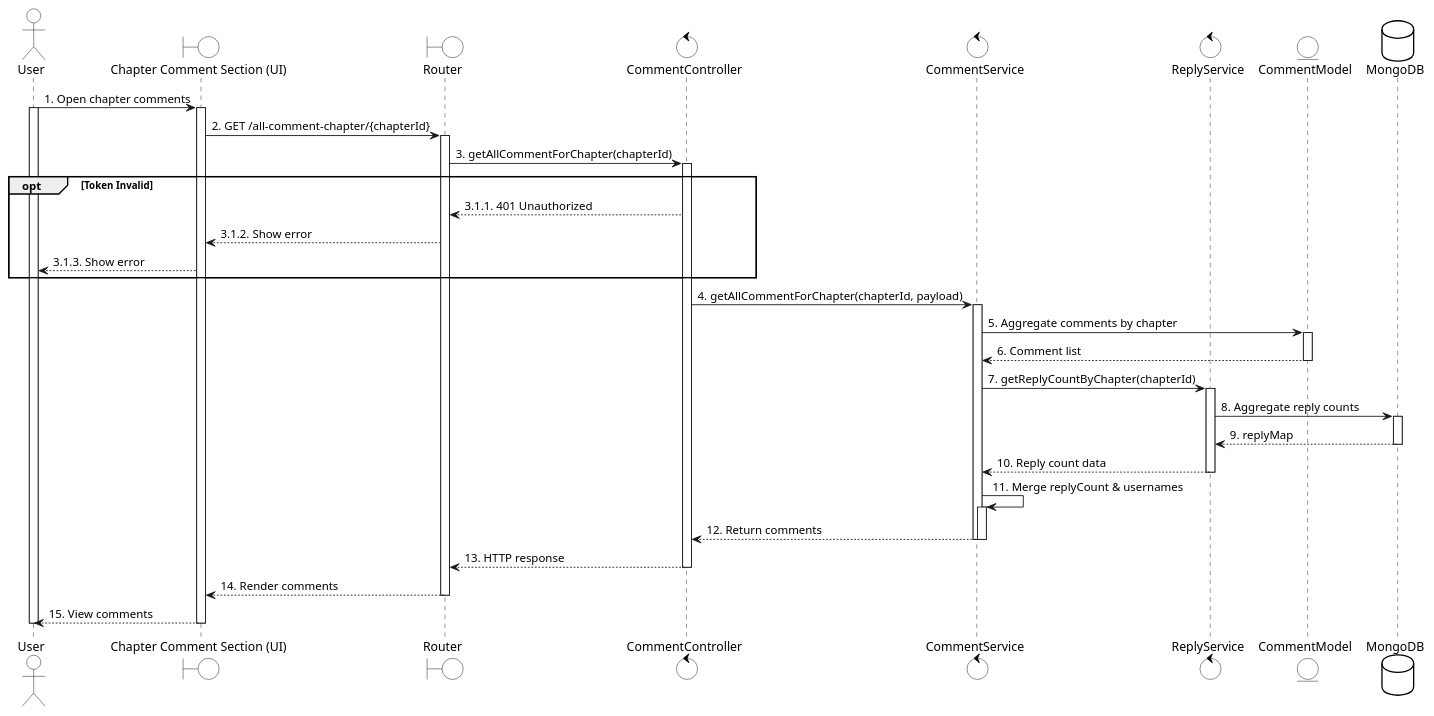
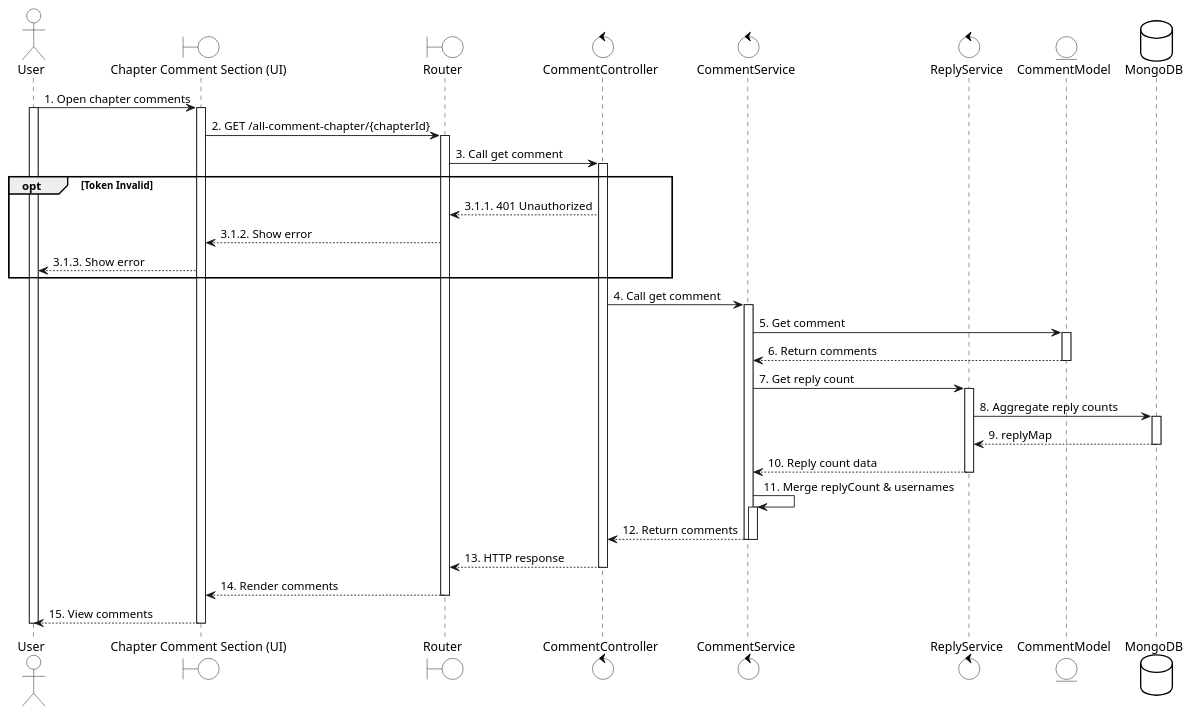
One commit to LGK1412/sequence_sep490_01 changed the diagram in uc41 - View chapter comment.wsd. Above: the diagram before and after it, drawn with PlantUML. The commit also changed 159 other files, not shown here.

Commit message:
Update subsequence

```diff
--- a/uc41 - View chapter comment.wsd
+++ b/uc41 - View chapter comment.wsd
@@ -1,71 +1,71 @@
 @startuml
 skinparam {
     ActorBackgroundColor #FFFFFF
     BoundaryBackgroundColor #FFFFFF
     ControlBackgroundColor #FFFFFF
     EntityBackgroundColor #FFFFFF
     DatabaseBackgroundColor #FFFFFF
 
     ActorBorderColor black
     BoundaryBorderColor black
     ControlBorderColor black
     EntityBorderColor black
     DatabaseBorderColor black
 }
 
 actor User
 boundary "Chapter Comment Section (UI)" as UI
 boundary Router
 control CommentController
 control CommentService
 control ReplyService
 entity CommentModel
 database MongoDB
 
 User -> UI: 1. Open chapter comments
 activate User
 activate UI
 
 UI -> Router: 2. GET /all-comment-chapter/{chapterId}
 activate Router
 
-Router -> CommentController: 3. getAllCommentForChapter(chapterId)
+Router -> CommentController: 3. Call get comment
 activate CommentController
 
 opt Token Invalid
     CommentController --> Router: 3.1.1. 401 Unauthorized
     Router --> UI: 3.1.2. Show error
     UI --> User: 3.1.3. Show error
 end
 
-CommentController -> CommentService: 4. getAllCommentForChapter(chapterId, payload)
+CommentController -> CommentService: 4. Call get comment
 
 activate CommentService
 
-CommentService -> CommentModel: 5. Aggregate comments by chapter
+CommentService -> CommentModel: 5. Get comment
 activate CommentModel
-CommentModel --> CommentService: 6. Comment list
+CommentModel --> CommentService: 6. Return comments
 deactivate CommentModel
 
-CommentService -> ReplyService: 7. getReplyCountByChapter(chapterId)
+CommentService -> ReplyService: 7. Get reply count
 activate ReplyService
 ReplyService -> MongoDB: 8. Aggregate reply counts
 activate MongoDB
 MongoDB --> ReplyService: 9. replyMap
 deactivate MongoDB
 ReplyService --> CommentService: 10. Reply count data
 deactivate ReplyService
 
 CommentService -> CommentService: 11. Merge replyCount & usernames
 activate CommentService
 CommentService --> CommentController: 12. Return comments
 deactivate CommentService
 deactivate CommentService
 CommentController --> Router: 13. HTTP response
 deactivate CommentController
 Router --> UI: 14. Render comments
 deactivate Router
 UI --> User: 15. View comments
 deactivate UI
 deactivate User
 @enduml
```
